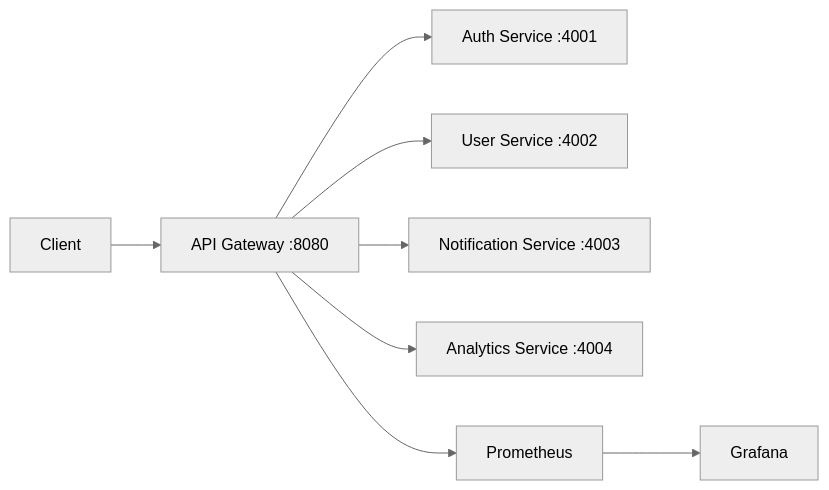
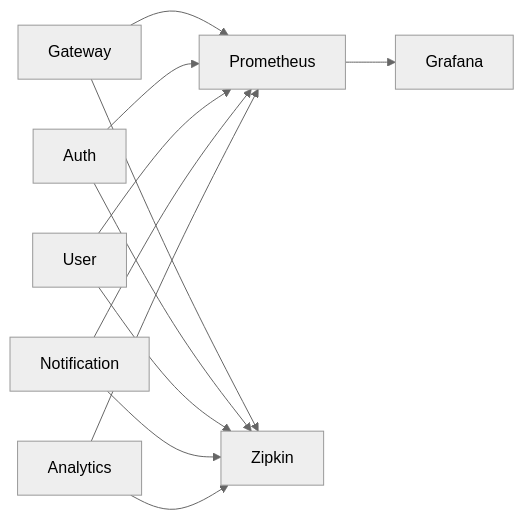
One commit to yashwan7/cloud-native-api-gateway changed the eighth of 9 diagrams in docs/architecture/README.md. Above: the diagram before and after it, drawn with Mermaid (neutral theme). The commit also changed other lines of this file, not shown here.

Commit message:
architecture update

````diff
--- a/docs/architecture/README.md
+++ b/docs/architecture/README.md
@@ -3,10 +205,15 @@
 ```mermaid
 flowchart LR
-    Client[Client] --> Gateway[API Gateway :8080]
-    Gateway --> Auth[Auth Service :4001]
-    Gateway --> Users[User Service :4002]
-    Gateway --> Notifications[Notification Service :4003]
-    Gateway --> Analytics[Analytics Service :4004]
-    Gateway --> Metrics[Prometheus]
-    Metrics --> Grafana[Grafana]
+    Gateway --> Prometheus
+    Auth --> Prometheus
+    User --> Prometheus
+    Notification --> Prometheus
+    Analytics --> Prometheus
+    Prometheus --> Grafana
+
+    Gateway --> Zipkin
+    Auth --> Zipkin
+    User --> Zipkin
+    Notification --> Zipkin
+    Analytics --> Zipkin
 ```
````
